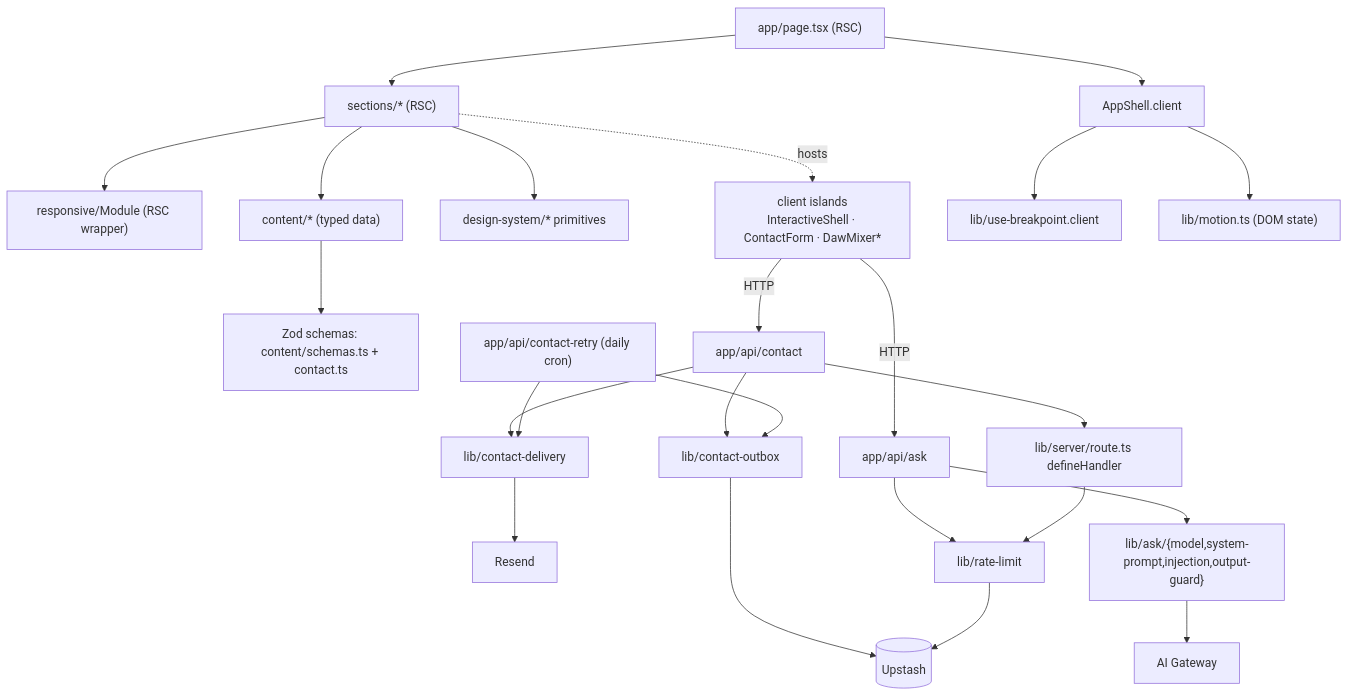
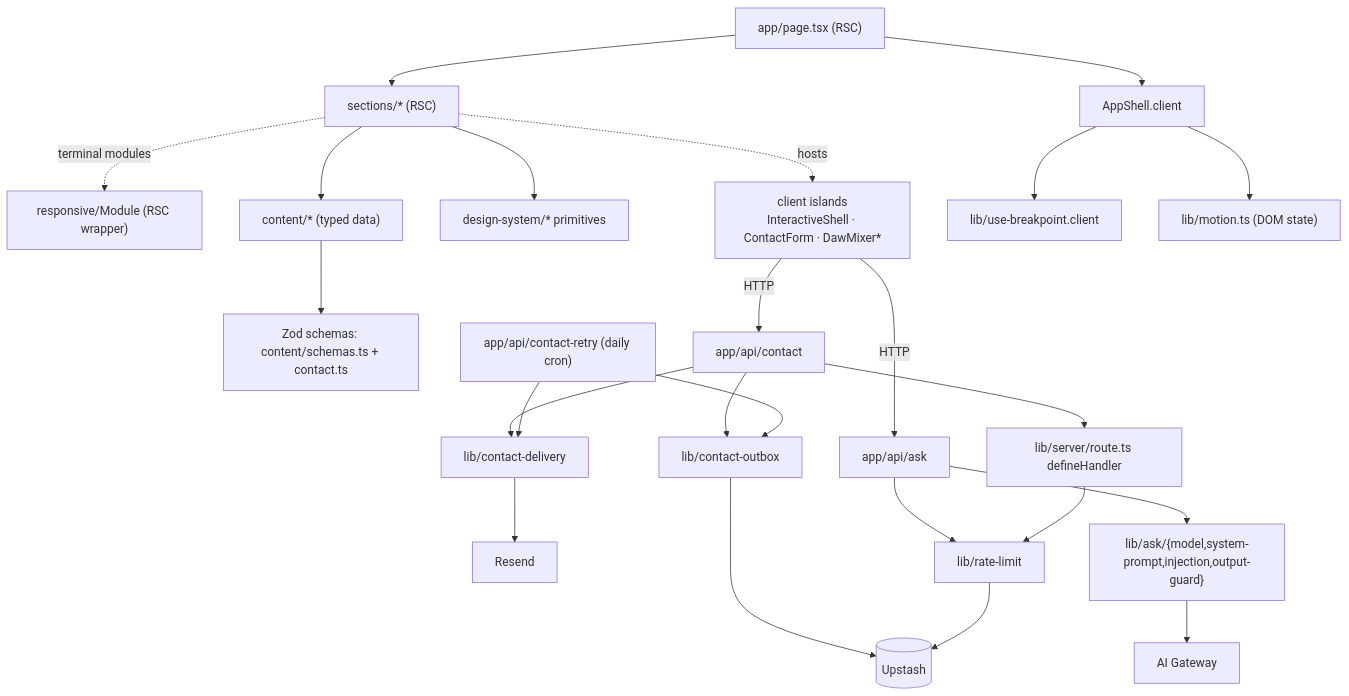
Before and after one commit to erikunha/portfolio: the third of 3 diagrams in docs/01-architecture.md, drawn with Mermaid. The commit also changed other lines of this file and 8 other files, not shown here.

````diff
--- a/docs/01-architecture.md
+++ b/docs/01-architecture.md
@@ -92,26 +92,26 @@
 ```mermaid
 flowchart TD
     page["app/page.tsx (RSC)"] --> shell["AppShell.client"]
     page --> sectionN["sections/* (RSC)"]
-    sectionN --> module["responsive/Module (RSC wrapper)"]
+    sectionN -. terminal modules .-> module["responsive/Module (RSC wrapper)"]
     sectionN --> content["content/* (typed data)"]
     sectionN --> dsprim["design-system/* primitives"]
     sectionN -. hosts .-> island["client islands<br/>InteractiveShell · ContactForm · DawMixer*"]
     content --> schemas["Zod schemas: content/schemas.ts + contact.ts"]
     island -->|HTTP| apiask["app/api/ask"]
     island -->|HTTP| apicontact["app/api/contact"]
     apicontact --> defh["lib/server/route.ts defineHandler"]
     apicontact --> delivery["lib/contact-delivery"]
     apicontact --> outbox["lib/contact-outbox"]
     retry["app/api/contact-retry (daily cron)"] --> delivery
     retry --> outbox
     outbox --> redis
     delivery --> resend["Resend"]
     apiask --> rl["lib/rate-limit"]
     apiask --> askmod["lib/ask/{model,system-prompt,injection,output-guard}"]
     defh --> rl
     rl --> redis[("Upstash")]
     askmod --> gw["AI Gateway"]
     shell --> bp["lib/use-breakpoint.client"]
     shell --> motion["lib/motion.ts (DOM state)"]
 ```
````
